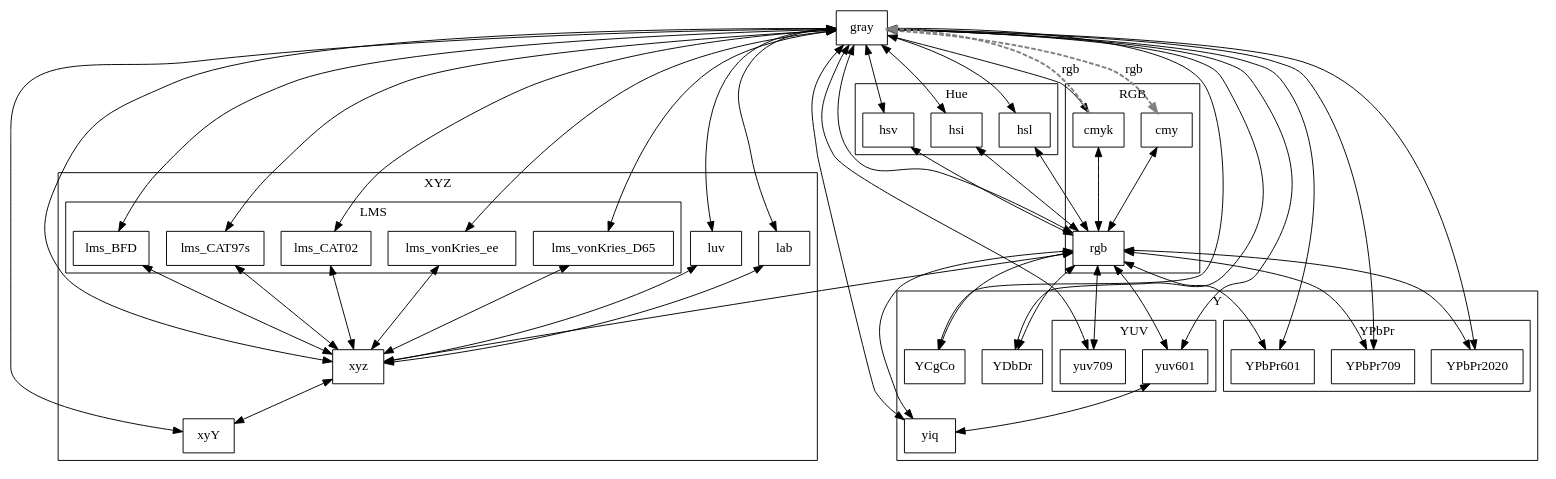
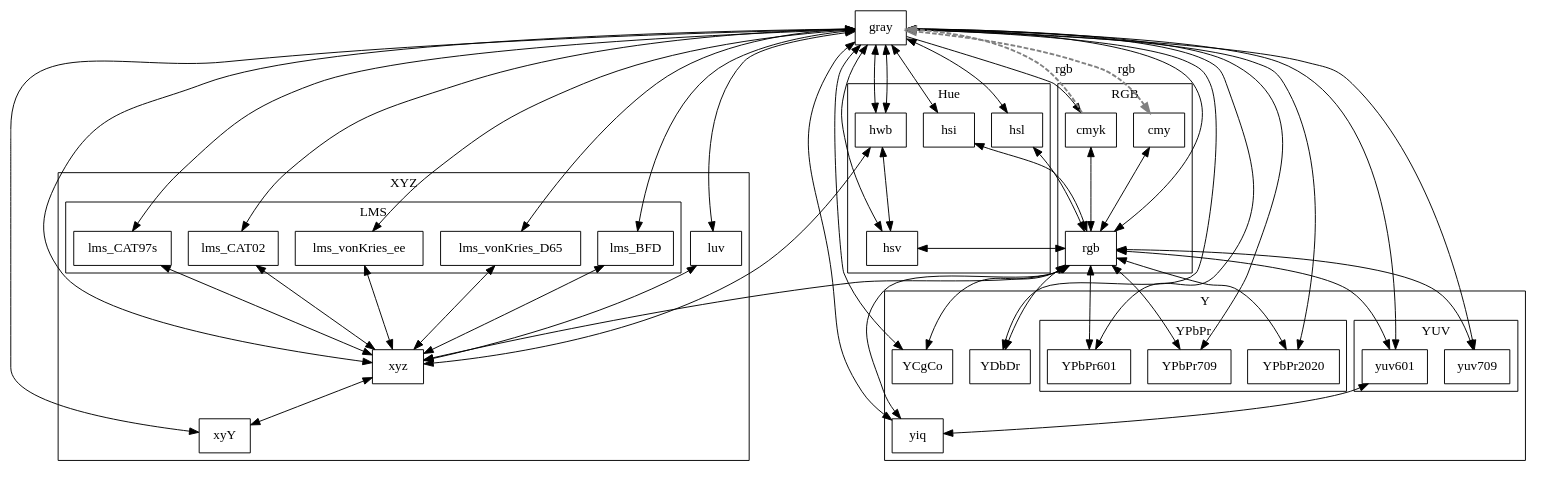
Before and after one commit to dmilos/color: the diagram in doc/gv/conv.gv, drawn with Graphviz. The commit also changed 280 other files, not shown here.

```diff
--- a/doc/gv/conv.gv
+++ b/doc/gv/conv.gv
@@ -1,138 +1,138 @@
 digraph color_conversion {
 	node [ shape ="box" ];
 	//gray [ color=gray, penwidth = 5 ];
 	//rgb [ style=striped , fillcolor="red:green:blue" ];
 
 	cmy  -> gray [ label = "rgb", style=dashed, color=gray, penwidth = 2, dir=both ];
 	cmy  -> rgb  [ label = "", dir=both  ];
 
 	cmyk -> gray[ label = "rgb", style=dashed, color=gray, penwidth = 2, dir=forward ];
 	cmyk -> rgb [ label = "", dir=both ];
 
 	gray -> cmyk [ label = "", dir=forward  ];
-	//gray -> hbw   [ label = "", dir=both  ];
+	gray -> hwb   [ label = "", dir=both  ];
 	gray -> hsi   [ label = "", dir=both ];
 	gray -> hsl   [ label = "", dir=both ];
 	gray -> hsv   [ label = "", dir=both  ];
-	gray -> lab   [ label = "", dir=both ];
+	gray -> hwb   [ label = "", dir=both ];
 	gray -> rgb   [ label = "", dir=both ];
 	gray -> xyz   [ label = "", dir=both ];
 	gray -> YCgCo [ label = "", dir=both ];
 	gray -> YDbDr [ label = "", dir=both ];
 	gray -> yiq   [ label = "", dir=both ];
 	gray -> YPbPr601  [ label = "", dir=both ];
 	gray -> YPbPr709  [ label = "", dir=both ];
 	gray -> YPbPr2020 [ label = "", dir=both ];
 	gray -> yuv601   [ label = "", dir=both ];
 	gray -> yuv709   [ label = "", dir=both ];
 
 	gray -> lms_vonKries_ee   [ label = "", dir=both ];
 	gray -> lms_vonKries_D65   [ label = "", dir=both ];
 	gray -> lms_BFD   [ label = "", dir=both ];
 	gray -> lms_CAT97s   [ label = "", dir=both ];
 	gray -> lms_CAT02   [ label = "", dir=both ];
 	gray -> luv   [ label = "", dir=both ];
 	gray -> xyY   [ label = "", dir=both ];
 
-	//hbw  -> hsv[ label = "", dir=both ];
+	hwb  -> hsv[ label = "", dir=both ];
 
 	hsi  -> rgb [ label = "", dir=both ];
 
 	hsl  -> rgb [ label = "", dir=both ];
 
 	hsv  -> rgb [ label = "", dir=both ];
 
-	lab -> xyz [ label = "", dir=both ];
+	hwb -> xyz [ label = "", dir=both ];
 	lms_vonKries_ee -> xyz[ label = "", dir=both ];
 	lms_vonKries_D65 -> xyz[ label = "", dir=both ];
 	lms_BFD  -> xyz[ label = "", dir=both ];
 	lms_CAT97s -> xyz[ label = "", dir=both ];
 	lms_CAT02  -> xyz[ label = "", dir=both ];
 	luv -> xyz [ label = "", dir=both ];
 
 	rgb -> xyz   [ label = "", dir=both ];
 	rgb -> YCgCo [ label = "", dir=both ];
 	rgb -> YDbDr [ label = "", dir=both ];
 	rgb -> yiq   [ label = "", dir=both ];
 	rgb -> YPbPr601  [ label = "", dir=both ];
 	rgb -> YPbPr709  [ label = "", dir=both ];
 	rgb -> YPbPr2020 [ label = "", dir=both ];
 	rgb -> yuv601[ label = "", dir=both ];
 	rgb -> yuv709[ label = "", dir=both ];
 
 	//xyz -> Hunter  [ label = "", dir=both ];
 	xyz -> xyY     [ label = "", dir=both ];
-	//lab -> LCHab   [ label = "", dir=both ];
+	//hwb -> LCHab   [ label = "", dir=both ];
 	//Luv -> LCHub   [ label = "", dir=both ];
 
 	//yuv -> yuv   [ label = "", dir=both ];
 
 	yuv601 -> yiq   [ label = "", dir=both ];
 
 	subgraph cluster_hue
 	{
 		label = "Hue";
-		//node [ ] hbw;
+		node [ ] hwb;
 		node [ ] hsi;
 		node [ ] hsl;
 		node [ ] hsv;
 	}
 
 	subgraph cluster_Y
 	{
 		label = "Y";
 		node [ ] YCgCo;
 		node [ ] YDbDr;
 		node [ ] yiq  ;
 		node [ ] YPbPr601 ;
 		node [ ] YPbPr709 ;
 		node [ ] YPbPr2020;
 		node [ ] yuv601;
 		node [ ] yuv709;
 		subgraph cluster_yuv
 		{
 			label = "YUV";
 			node [ ] yuv601;
 			node [ ] yuv709;
 		}
 		subgraph cluster_YPbPr
 		{
 			label = "YPbPr";
 			node [ ] YPbPr601 ;
 			node [ ] YPbPr709 ;
 			node [ ] YPbPr2020;
 		}
 	}
 
 	subgraph cluster_CIE
 	{
 		label = "XYZ";
 		node [ ] xyz;
 		//node [ ] Hunter;
 		node [ ] xyY;
-		node [ ] lab;
+		node [ ] hwb;
 		node [ ] luv;
 		subgraph cluster_LMS
 		{
 			label = "LMS";
 			node [ ] lms_vonKries_ee;
 			node [ ] lms_vonKries_D65;
 			node [ ] lms_BFD;
 			node [ ] lms_CAT97s;
 			node [ ] lms_CAT02;
 		}
 
 		//node [ ] LCHab;
 		//node [ ] LCHub;
 	}
 
 	subgraph cluster_RGB
 	{
 		label = "RGB";
 		node [ ] cmy;
 		node [ ] rgb;
 		node [ ] cmyk;
 	}
 
 
 }
```
